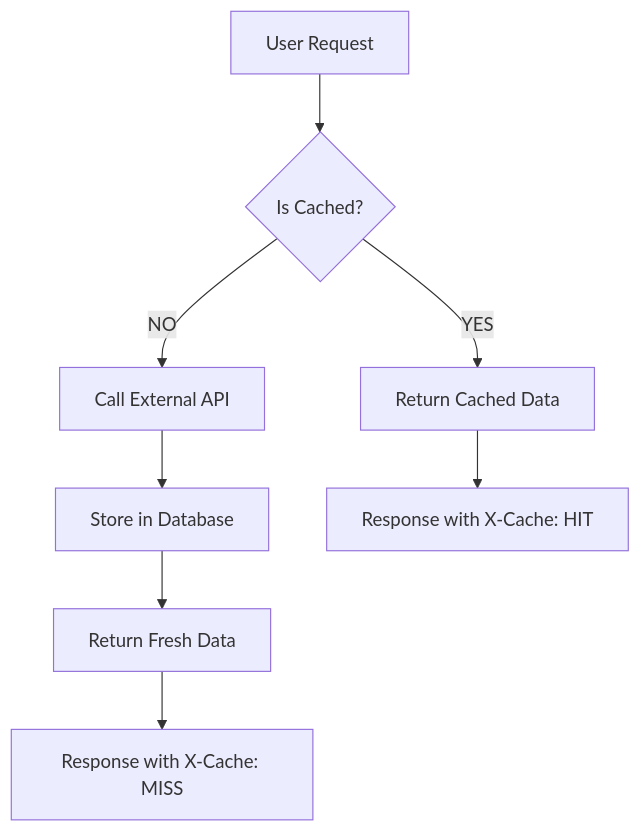
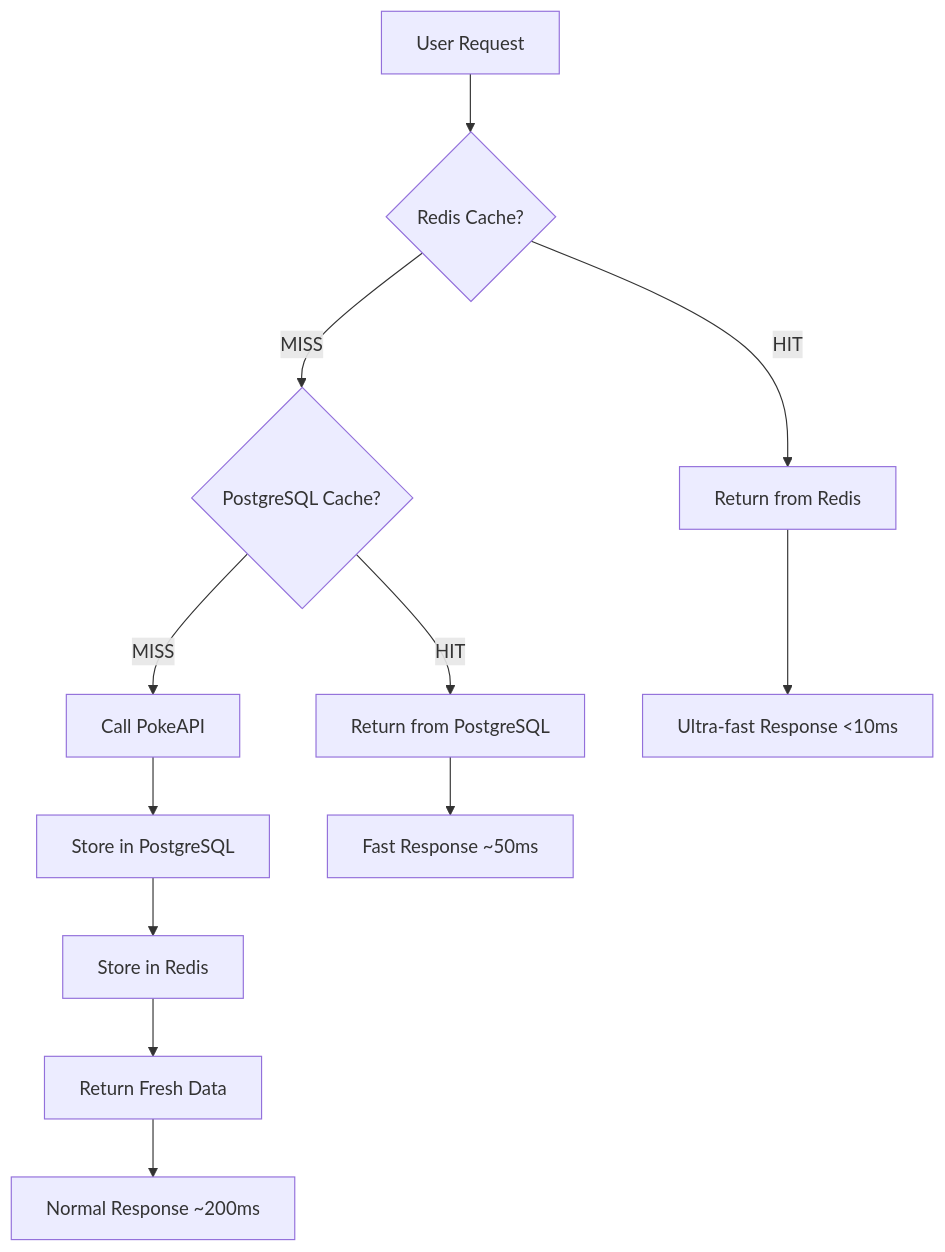
Before and after one commit to Drivakos/react-pokedex: the diagram in README.md, drawn with Mermaid. The commit also changed other lines of this file, not shown here.

First line of the commit message:
feat: Enhance README with detailed features and multi-tier caching architecture

````diff
--- a/README.md
+++ b/README.md
@@ -95,10 +109,14 @@
 ```mermaid
 graph TB
-    A[User Request] --> B{Is Cached?}
-    B -->|YES| C[Return Cached Data]
-    B -->|NO| D[Call External API]
-    D --> E[Store in Database]
-    E --> F[Return Fresh Data]
-    C --> G[Response with X-Cache: HIT]
-    F --> H[Response with X-Cache: MISS]
+    A[User Request] --> B{Redis Cache?}
+    B -->|HIT| C[Return from Redis]
+    B -->|MISS| D{PostgreSQL Cache?}
+    D -->|HIT| E[Return from PostgreSQL]
+    D -->|MISS| F[Call PokeAPI]
+    F --> G[Store in PostgreSQL]
+    G --> H[Store in Redis]
+    H --> I[Return Fresh Data]
+    C --> J[Ultra-fast Response <10ms]
+    E --> K[Fast Response ~50ms]
+    I --> L[Normal Response ~200ms]
 ```
````
